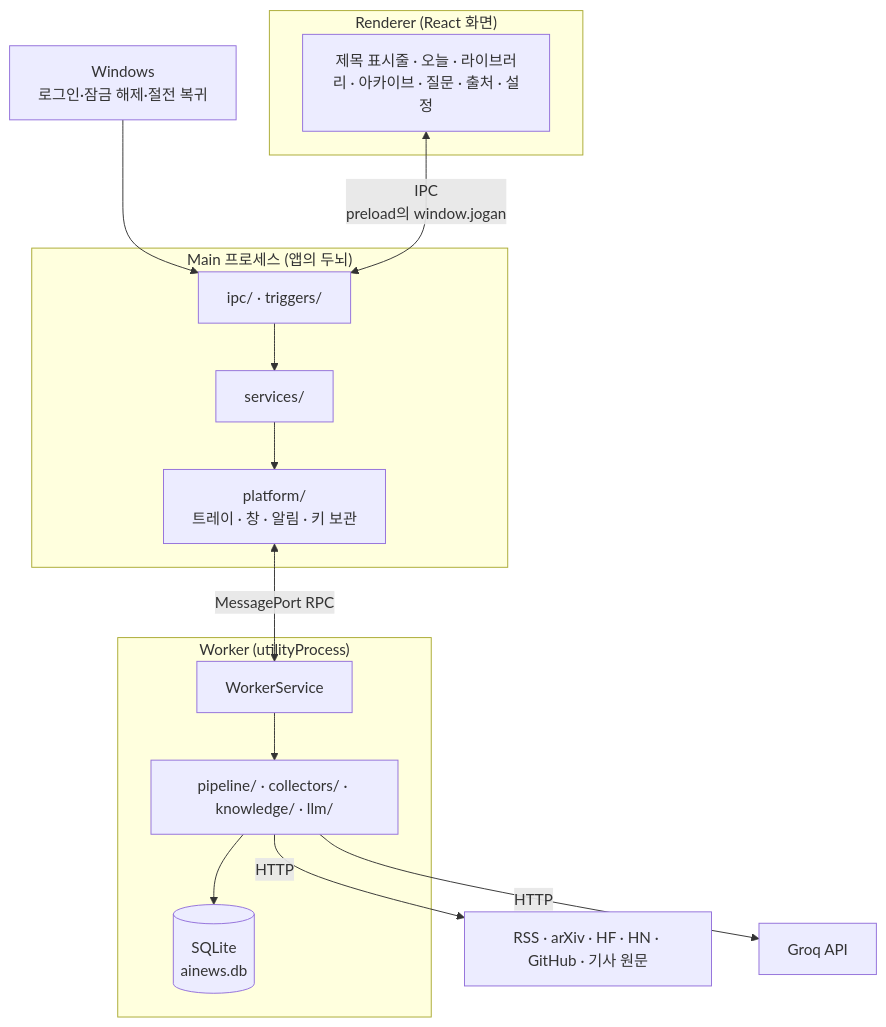
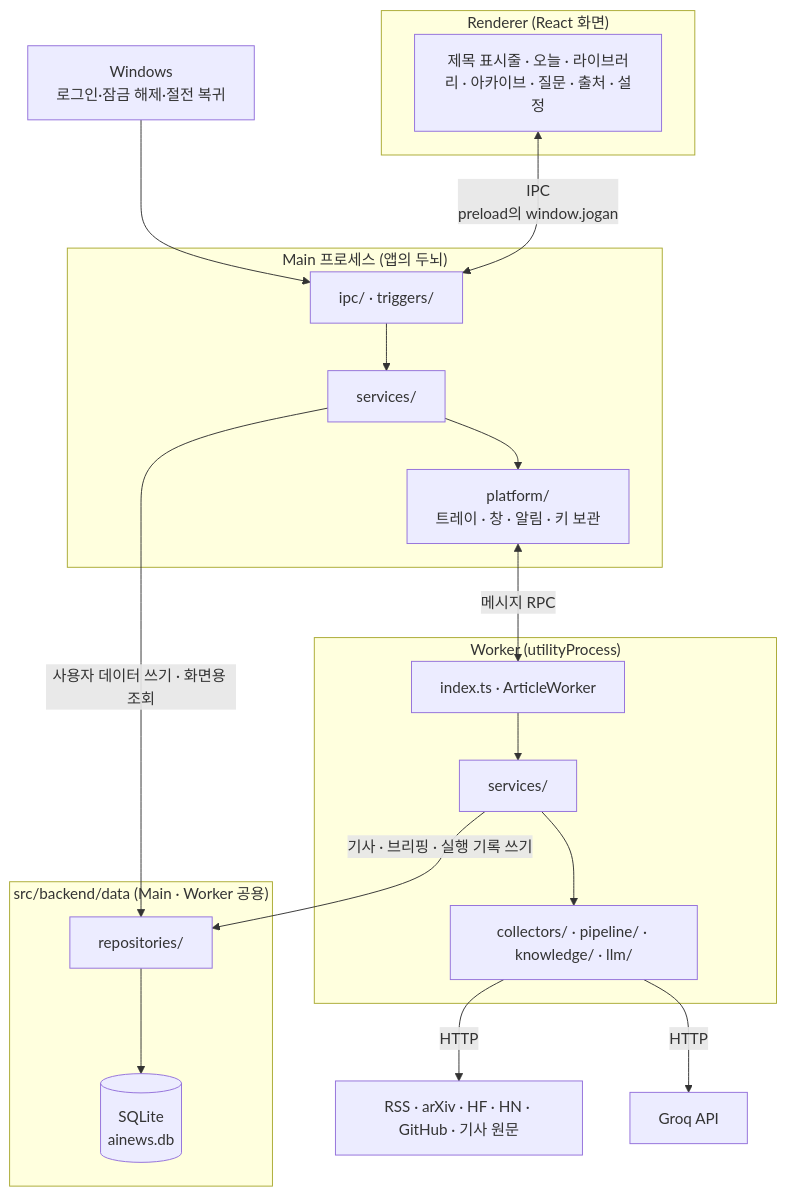
One commit to EPIGEXE/jogan-news changed the second of 13 diagrams in docs/README.md. Above: the diagram before and after it, drawn with Mermaid. The commit also changed other lines of this file and 102 other files, not shown here.

First line of the commit message:
DB 계층 개편: Drizzle ORM 도입, 저장소·서비스 분리, Main·Worker 역할 분할

````diff
--- a/docs/README.md
+++ b/docs/README.md
@@ -92,23 +92,30 @@
 ```mermaid
 flowchart TB
   subgraph Renderer["Renderer (React 화면)"]
     UI[제목 표시줄 · 오늘 · 라이브러리 · 아카이브 · 질문 · 출처 · 설정]
   end
   subgraph Main["Main 프로세스 (앱의 두뇌)"]
     IPC[ipc/ · triggers/]
     SVC[services/]
     PLT[platform/<br/>트레이 · 창 · 알림 · 키 보관]
   end
   subgraph Worker["Worker (utilityProcess)"]
-    WS[WorkerService]
-    PIPE[pipeline/ · collectors/ · knowledge/ · llm/]
+    WI[index.ts · ArticleWorker]
+    WSV[services/]
+    PIPE[collectors/ · pipeline/ · knowledge/ · llm/]
+  end
+  subgraph Data["src/backend/data (Main · Worker 공용)"]
+    REPO[repositories/]
     DB[(SQLite<br/>ainews.db)]
   end
   OS[Windows<br/>로그인·잠금 해제·절전 복귀] --> IPC
   UI <-->|IPC<br/>preload의 window.jogan| IPC
   IPC --> SVC --> PLT
-  PLT <-->|MessagePort RPC| WS
-  WS --> PIPE --> DB
+  SVC -->|사용자 데이터 쓰기 · 화면용 조회| REPO
+  PLT <-->|메시지 RPC| WI
+  WI --> WSV --> PIPE
+  WSV -->|기사 · 브리핑 · 실행 기록 쓰기| REPO
+  REPO --> DB
   PIPE -->|HTTP| EXT[RSS · arXiv · HF · HN · GitHub · 기사 원문]
   PIPE -->|HTTP| GROQ[Groq API]
 ```
````
